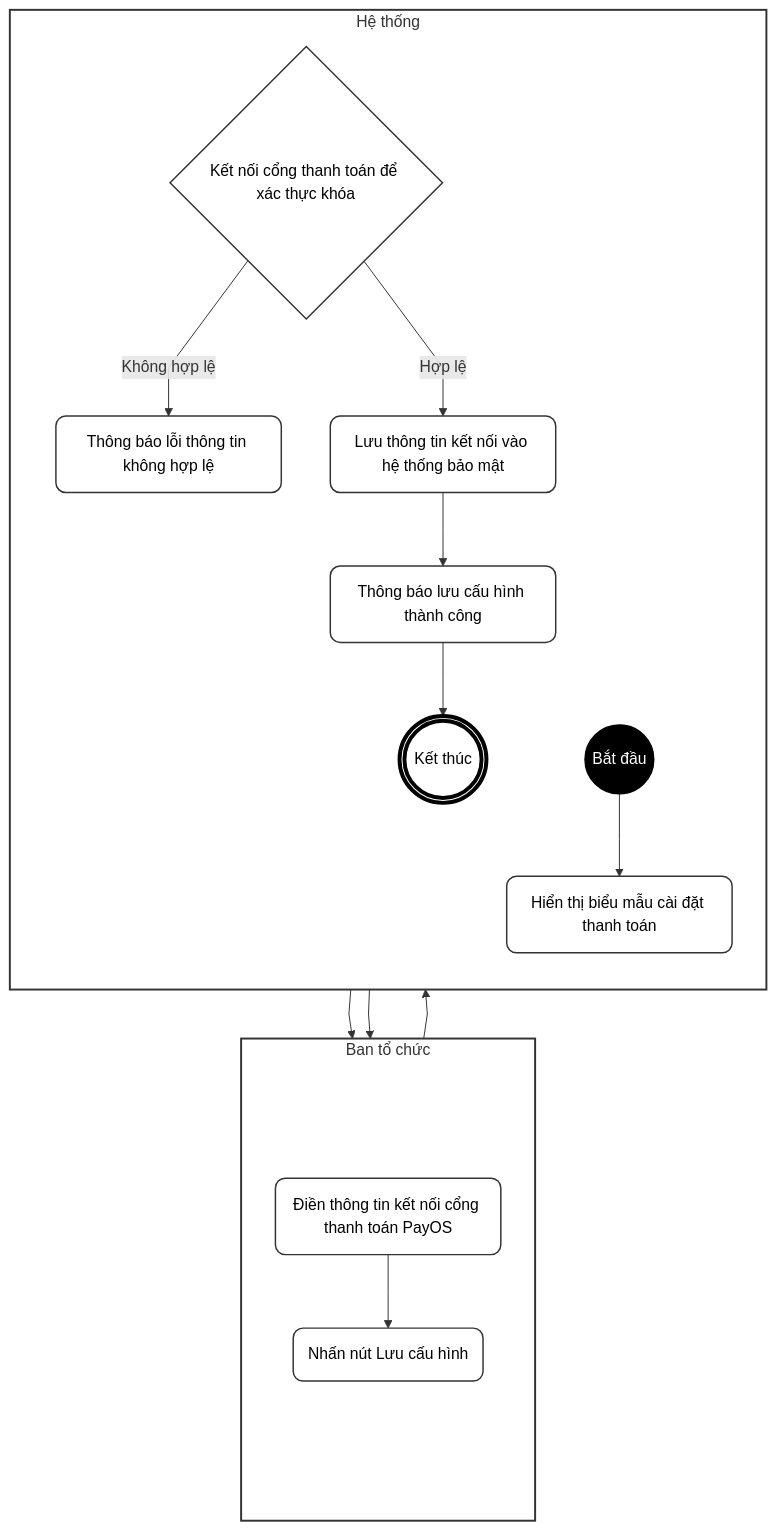
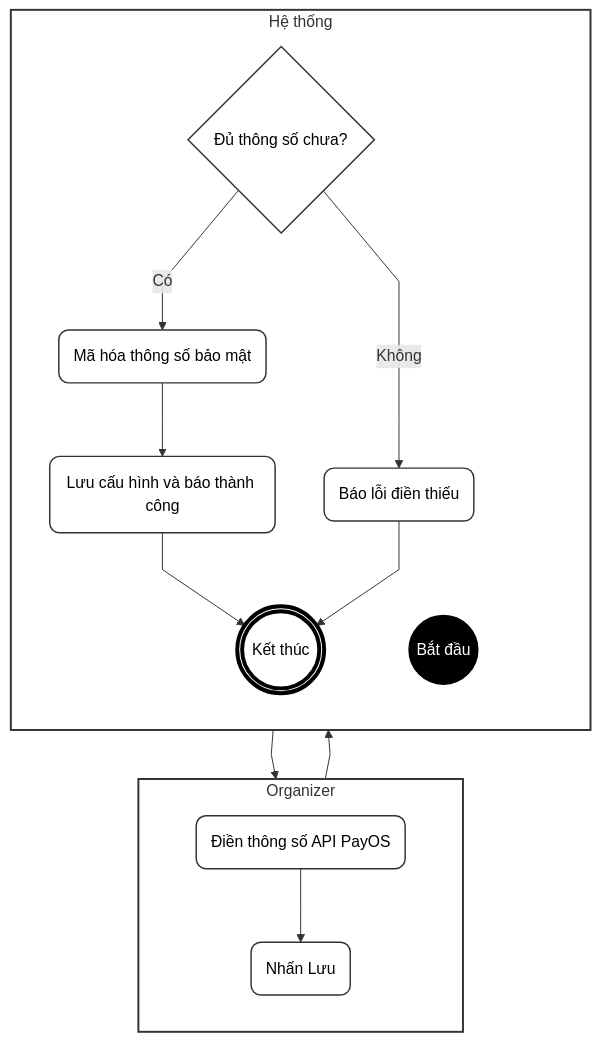
One commit to ChuDucAnh21/BE-quan-ly-su-kien changed the first of 7 diagrams in doc/system_analysis/activity diagram/08d_activity_payment_ticket_checkin.md. Above: the diagram before and after it, drawn with Mermaid. The commit also changed other lines of this file and 14 other files, not shown here.

````diff
--- a/doc/system_analysis/activity diagram/08d_activity_payment_ticket_checkin.md
+++ b/doc/system_analysis/activity diagram/08d_activity_payment_ticket_checkin.md
@@ -13,53 +7,42 @@
 ```mermaid
 %%{init: {"flowchart": {"curve": "linear"}}}%%
 flowchart TD
     classDef default fill:#fff,stroke:#333,stroke-width:1.5px,color:#000,rx:10px,ry:10px;
     classDef startNode fill:#000,stroke:#000,color:#fff;
     classDef endNode fill:#fff,stroke:#000,stroke-width:4px,color:#000;
     classDef hidden fill:none,stroke:none,color:none;
 
-    subgraph TacNhan [Ban tổ chức]
+    subgraph Organizer [Organizer]
         direction TB
         T_start(" "):::hidden
-        A(Điền thông tin kết nối cổng thanh toán PayOS)
-        B(Nhấn nút Lưu cấu hình)
+        A(Điền thông số API PayOS)
+        B(Nhấn Lưu)
         T_end(" "):::hidden
     end
 
-    subgraph HeThong [Hệ thống]
+    subgraph System [Hệ thống]
         direction TB
         H_start(" "):::hidden
         Start((Bắt đầu)):::startNode
-        C(Hiển thị biểu mẫu cài đặt thanh toán)
-        D{Kết nối cổng thanh toán để xác thực khóa}
-        E(Thông báo lỗi thông tin không hợp lệ)
-        F(Lưu thông tin kết nối vào hệ thống bảo mật)
-        G(Thông báo lưu cấu hình thành công)
+        C{Đủ thông số chưa?}
+        D(Báo lỗi điền thiếu)
+        E(Mã hóa thông số bảo mật)
+        F(Lưu cấu hình và báo thành công)
         End(((Kết thúc))):::endNode
         H_end(" "):::hidden
     end
 
     T_start ~~~ H_start
     T_end ~~~ H_end
+    Start --> A
+    A --> B
+    B --> C
+    C -- Không --> D
+    C -- Có --> E
+    E --> F
+    F --> End
+    D --> End
 
-    T_start ~~~ A
-    B ~~~ T_end
-
-    H_start ~~~ Start
-    End ~~~ H_end
-
-    Start --> C
-    C --> A
-    A --> B
-    B --> D
-
-    D -- Không hợp lệ --> E
-    E --> A
-
-    D -- Hợp lệ --> F
-    F --> G
-    G --> End
-
-    style TacNhan fill:#fff,stroke:#333,stroke-width:2px
-    style HeThong fill:#fff,stroke:#333,stroke-width:2px
+    style Organizer fill:#fff,stroke:#333,stroke-width:2px
+    style System fill:#fff,stroke:#333,stroke-width:2px
 ```
````
